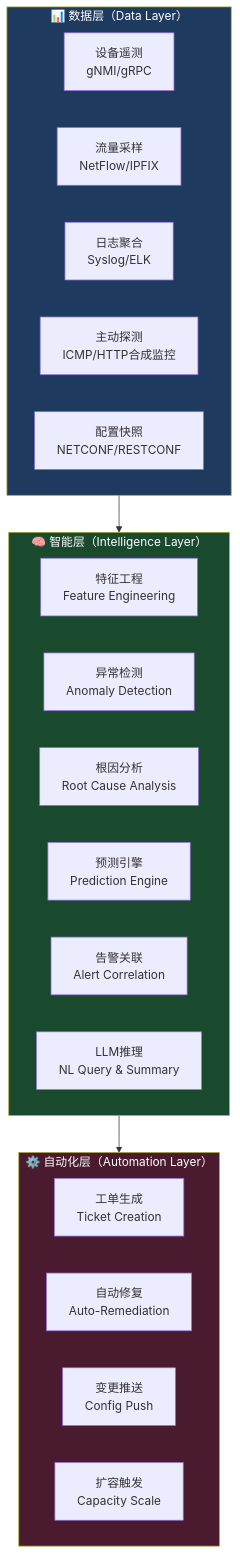
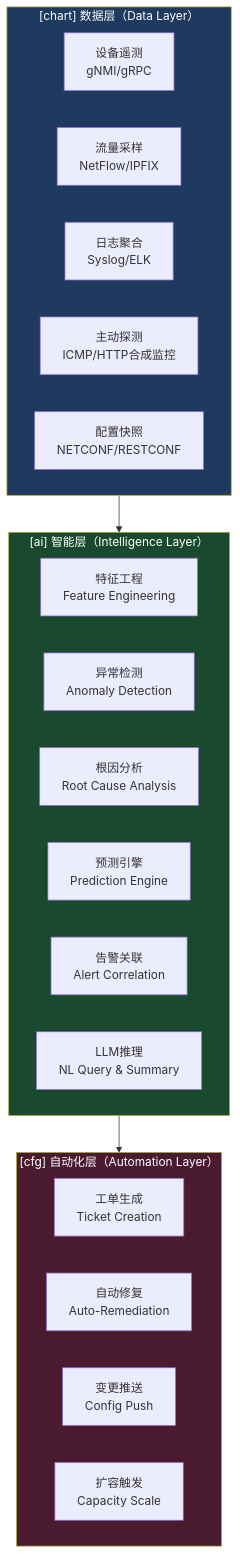
One commit to SKT-Shurima/NetworkMastery changed the first of 5 diagrams in docs/guide/emerging/aiops-networking.md. Above: the diagram before and after it, drawn with Mermaid. The commit also changed other lines of this file and 54 other files, not shown here.

````diff
--- a/docs/guide/emerging/aiops-networking.md
+++ b/docs/guide/emerging/aiops-networking.md
@@ -48,33 +48,33 @@
 ```mermaid
 graph TB
-    subgraph 数据层["📊 数据层（Data Layer）"]
+    subgraph 数据层["[chart] 数据层（Data Layer）"]
         T1[设备遥测<br/>gNMI/gRPC]
         T2[流量采样<br/>NetFlow/IPFIX]
         T3[日志聚合<br/>Syslog/ELK]
         T4[主动探测<br/>ICMP/HTTP合成监控]
         T5[配置快照<br/>NETCONF/RESTCONF]
     end
 
-    subgraph 智能层["🧠 智能层（Intelligence Layer）"]
+    subgraph 智能层["[ai] 智能层（Intelligence Layer）"]
         A1[特征工程<br/>Feature Engineering]
         A2[异常检测<br/>Anomaly Detection]
         A3[根因分析<br/>Root Cause Analysis]
         A4[预测引擎<br/>Prediction Engine]
         A5[告警关联<br/>Alert Correlation]
         A6[LLM推理<br/>NL Query & Summary]
     end
 
-    subgraph 自动化层["⚙️ 自动化层（Automation Layer）"]
+    subgraph 自动化层["[cfg] 自动化层（Automation Layer）"]
         R1[工单生成<br/>Ticket Creation]
         R2[自动修复<br/>Auto-Remediation]
         R3[变更推送<br/>Config Push]
         R4[扩容触发<br/>Capacity Scale]
     end
 
     数据层 --> 智能层
     智能层 --> 自动化层
 
     style 数据层 fill:#1e3a5f,color:#fff
     style 智能层 fill:#1a4a2e,color:#fff
     style 自动化层 fill:#4a1a2e,color:#fff
 ```
````
